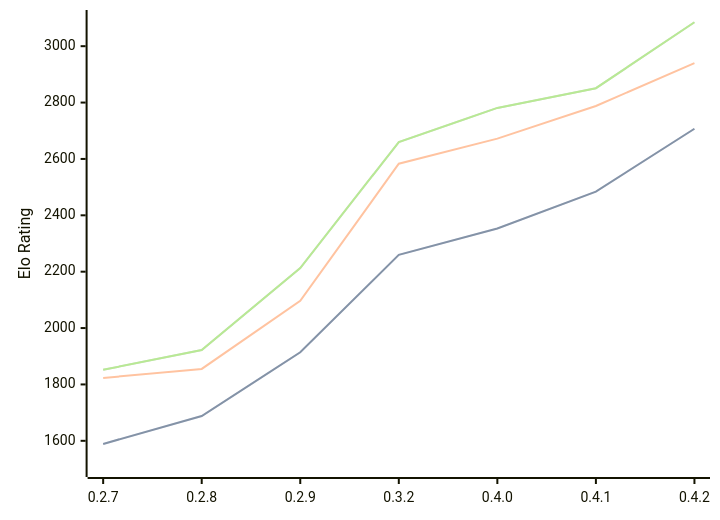
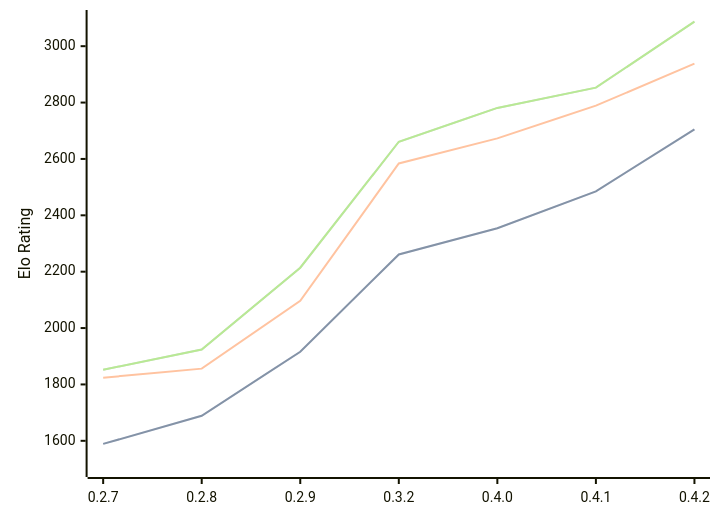
One commit to computer-chess-index/cci changed the diagram in engines/Dual.md. Above: the diagram before and after it, drawn with Mermaid. The commit also changed other lines of this file, not shown here.

Commit message:
Update CCI Ratings (ELO VLTC) - 2026-08-15

````diff
--- a/engines/Dual.md
+++ b/engines/Dual.md
@@ -39,11 +39,11 @@
 ```mermaid
 %%{init: {"theme":"base","themeVariables":{"seriesColors:['#a3a3a3','#222221','#faa371']}}}%%
 xychart-beta
   x-axis ["0.2.7", "0.2.8", "0.2.9", "0.3.2", "0.4.0", "0.4.1", "0.4.2"]
   y-axis "Elo Rating" 1500 --> 3100
-  line "STC (8.0+0.08s)" [1589, 1688, 1914, 2260, 2353, 2484, 2707]
-  line "STC (8.0+0.08s)" [1589, 1688, 1914, 2260, 2353, 2484, 2707]
-  line "LTC (60.0+0.60s)" [1823, 1855, 2097, 2583, 2672, 2788, 2940]
-  line "VLTC (2m24s+1.12s)" [1852, 1922, 2213, 2660, 2781, 2851, 3085]
-  line "VLTC (2m24s+1.12s)" [1852, 1922, 2213, 2660, 2781, 2851, 3085]
+  line "STC (8.0+0.08s)" [1589, 1689, 1916, 2261, 2354, 2485, 2705]
+  line "STC (8.0+0.08s)" [1589, 1689, 1916, 2261, 2354, 2485, 2705]
+  line "LTC (60.0+0.60s)" [1824, 1856, 2097, 2584, 2673, 2789, 2938]
+  line "VLTC (2m24s+1.12s)" [1852, 1924, 2214, 2661, 2781, 2853, 3087]
+  line "VLTC (2m24s+1.12s)" [1852, 1924, 2214, 2661, 2781, 2853, 3087]
 ```
````
